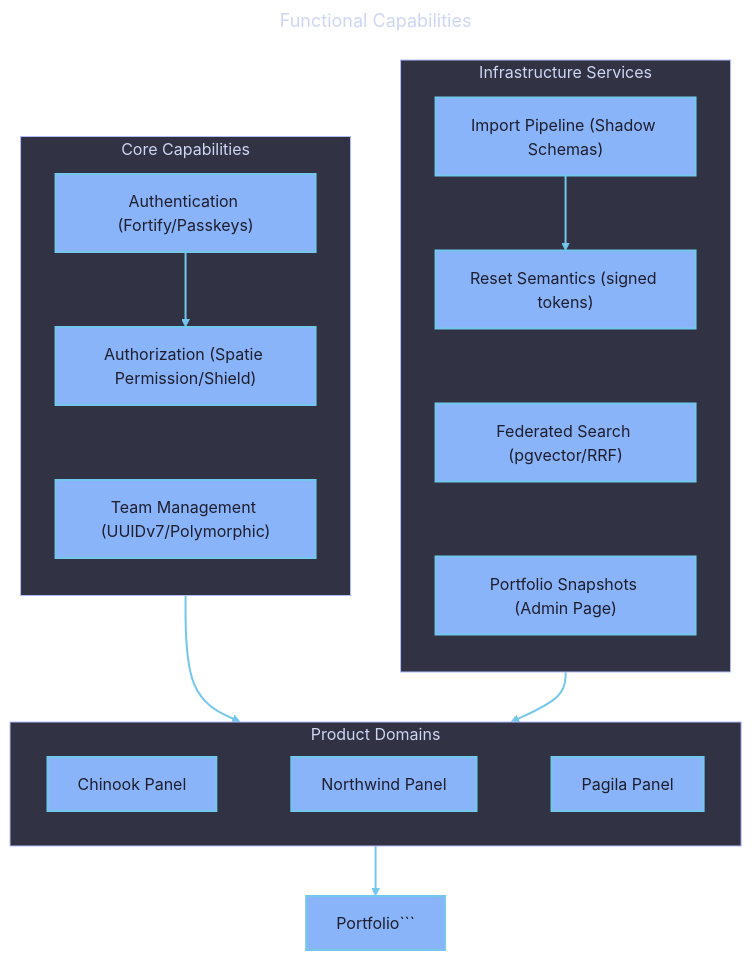
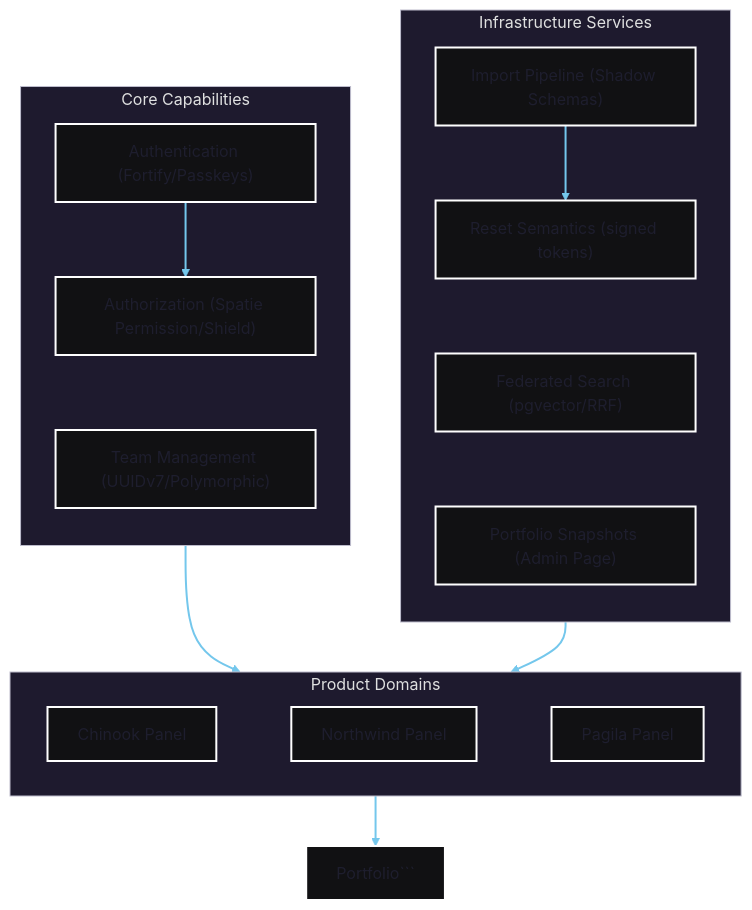
One commit to s-a-c/samples-20260717 changed the diagram in docs/06-requirements/0607-functional-requirements.md. Above: the diagram before and after it, drawn with Mermaid. The commit also changed other lines of this file and 2157 other files, not shown here.

`````diff
--- a/docs/06-requirements/0607-functional-requirements.md
+++ b/docs/06-requirements/0607-functional-requirements.md
@@ -82,66 +81,46 @@
 ````mermaid
 ---
-title: Functional Capabilities
 config:
   theme: redux-dark-color
   themeVariables:
     background: "#1e1e2e"
     primaryColor: "#89b4fa"
     primaryTextColor: "#1e1e2e"
     primaryBorderColor: "#74c7ec"
     lineColor: "#74c7ec"
-    secondaryColor: "#cba6f7"
-    secondaryTextColor: "#1e1e2e"
-    secondaryBorderColor: "#b4befe"
-    tertiaryColor: "#94e2d5"
-    tertiaryTextColor: "#1e1e2e"
-    tertiaryBorderColor: "#89dceb"
-    mainBkg: "#89b4fa"
-    secondBkg: "#cba6f7"
-    tertiaryBkg: "#94e2d5"
     textColor: "#cdd6f4"
-    nodeBorder: "#74c7ec"
-    clusterBkg: "#313244"
-    clusterBorder: "#b4befe"
-    edgeLabelBackground: "#1e1e2e"
-    titleColor: "#cdd6f4"
     fontSize: 16px
-  themeCSS: |
-    .node rect, .node circle, .node ellipse, .node polygon, .node path { stroke-width: 2px !important; }
-    .edgePath .path { stroke-width: 2px !important; }
-    .label { font-weight: bold !important; }
-    .edgeLabel { background-color: #1e1e2e !important; }
 ---
 flowchart TD
     subgraph Core["Core Capabilities"]
         direction TB
         Auth["Authentication (Fortify/Passkeys)"]
         RBAC["Authorization (Spatie Permission/Shield)"]
         Teams["Team Management (UUIDv7/Polymorphic)"]
 
         Auth --> RBAC ~~~ Teams
     end
 
     subgraph Products["Product Domains"]
         direction LR
         Chinook["Chinook Panel"]
         Northwind["Northwind Panel"]
         Pagila["Pagila Panel"]
 
         Chinook ~~~ Northwind ~~~ Pagila
     end
 
     subgraph Services["Infrastructure Services"]
         direction TB
         Import["Import Pipeline (Shadow Schemas)"]
         Reset["Reset Semantics (signed tokens)"]
         Search["Federated Search (pgvector/RRF)"]
         Portfolio["Portfolio Snapshots (Admin Page)"]
 
         Import --> Reset ~~~ Search ~~~ Portfolio
     end
 
     Core --> Products
     Services --> Products
     Products --> Portfolio```
 ````
`````
